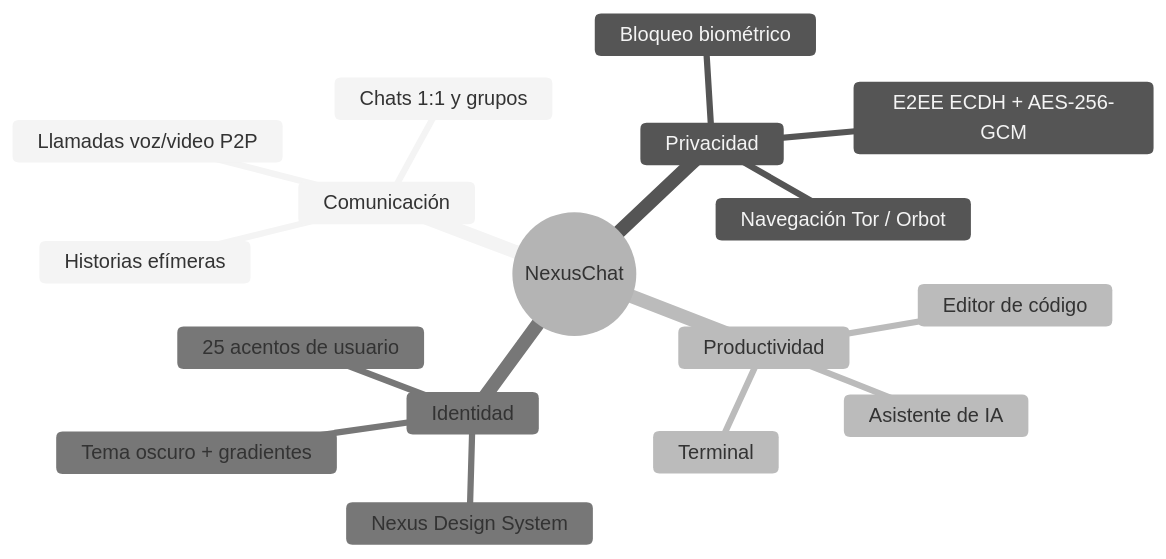
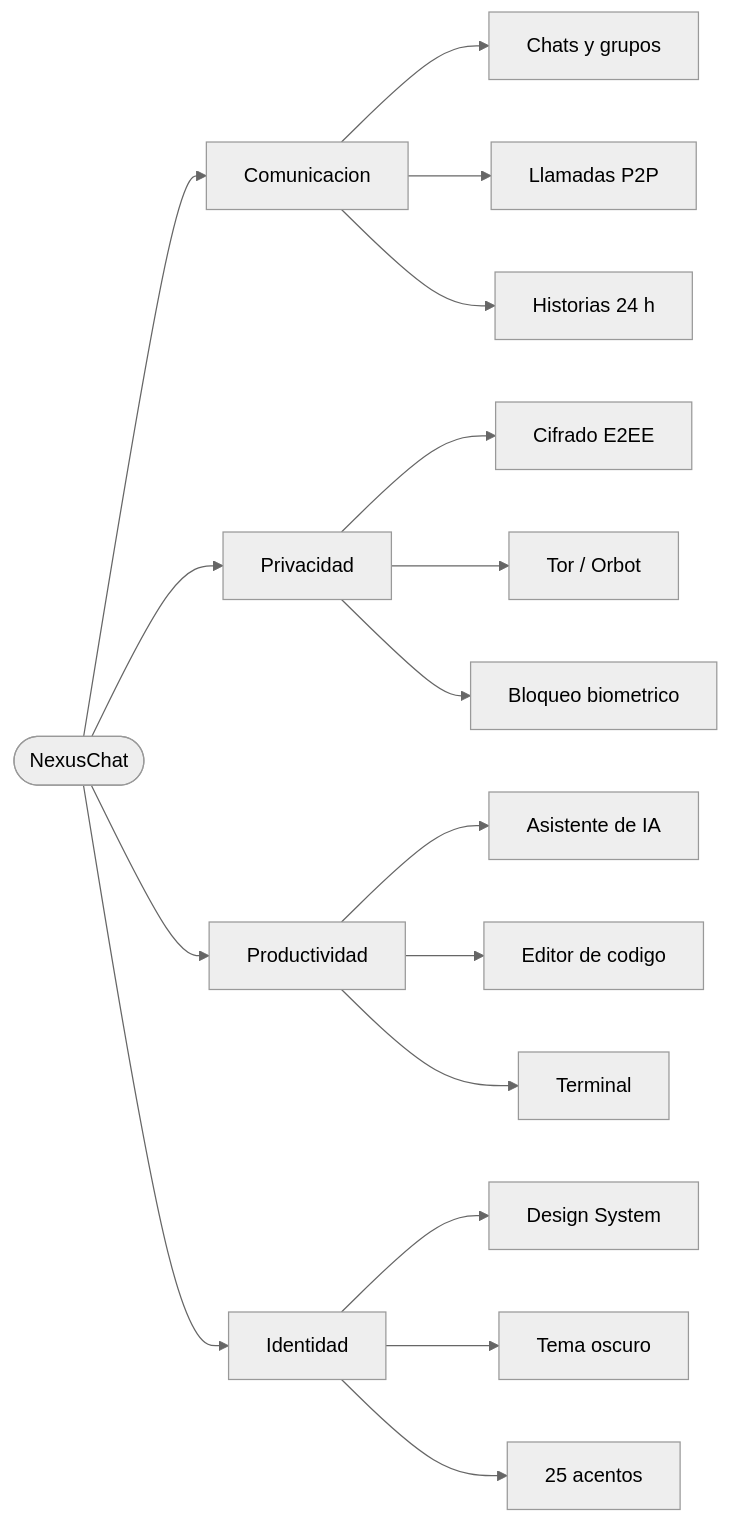
The first of 6 diagrams in README.md (Azelmods677/NexusChat), drawn with Mermaid (neutral theme) before and after one commit. The commit also changed other lines of this file and 69 other files, not shown here.

````diff
--- a/README.md
+++ b/README.md
@@ -52,20 +60,20 @@
 ```mermaid
-mindmap
-  root((NexusChat))
-    Comunicación
-      Chats 1:1 y grupos
-      Llamadas voz/video P2P
-      Historias efímeras
-    Privacidad
-      E2EE ECDH + AES-256-GCM
-      Navegación Tor / Orbot
-      Bloqueo biométrico
-    Productividad
-      Asistente de IA
-      Editor de código
-      Terminal
-    Identidad
-      Nexus Design System
-      Tema oscuro + gradientes
-      25 acentos de usuario
+flowchart LR
+    N(["NexusChat"])
+    N --> C["Comunicacion"]
+    N --> P["Privacidad"]
+    N --> T["Productividad"]
+    N --> I["Identidad"]
+    C --> C1["Chats y grupos"]
+    C --> C2["Llamadas P2P"]
+    C --> C3["Historias 24 h"]
+    P --> P1["Cifrado E2EE"]
+    P --> P2["Tor / Orbot"]
+    P --> P3["Bloqueo biometrico"]
+    T --> T1["Asistente de IA"]
+    T --> T2["Editor de codigo"]
+    T --> T3["Terminal"]
+    I --> I1["Design System"]
+    I --> I2["Tema oscuro"]
+    I --> I3["25 acentos"]
 ```
````
